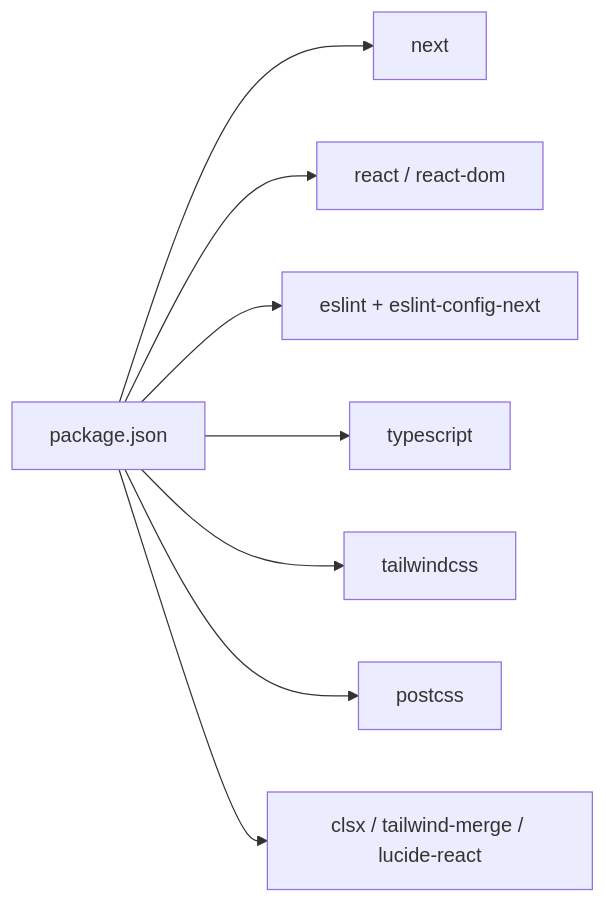
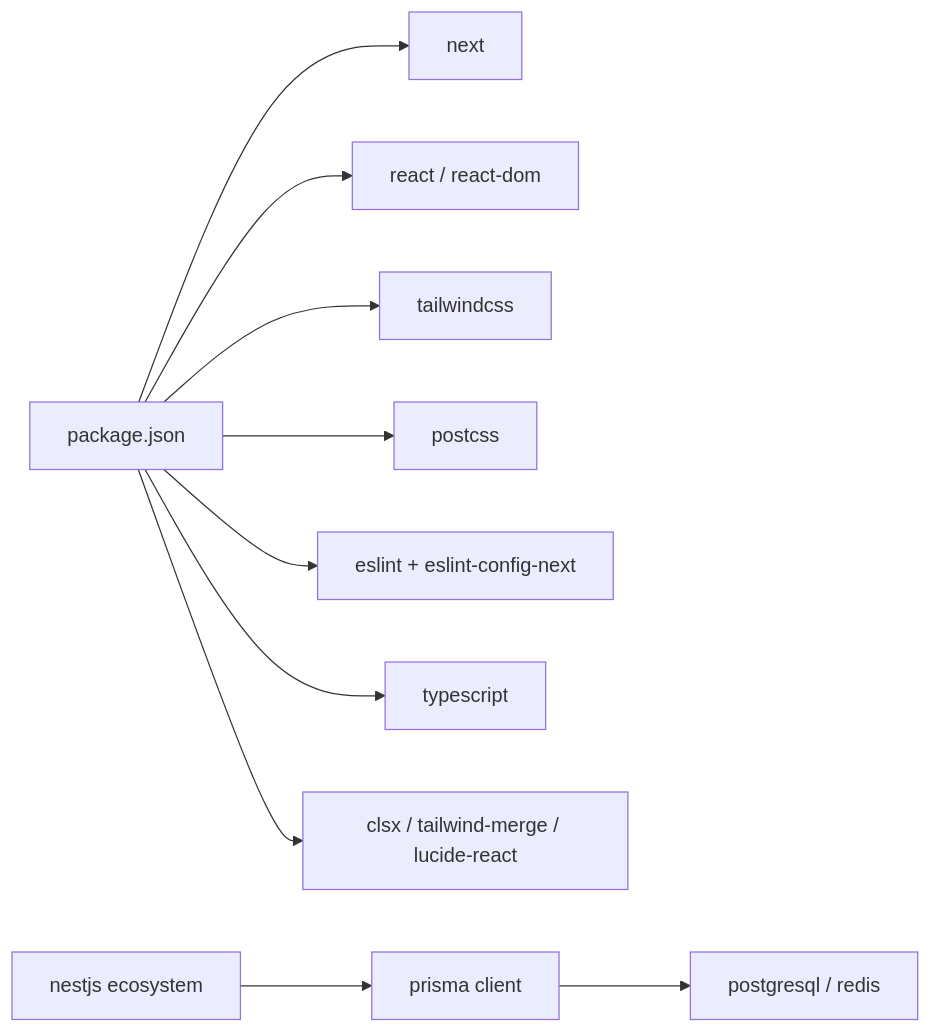
Before and after one commit to Hoshino-wind/ai-interview-platform: the sixth of 6 diagrams in .qoder/repowiki/en/content/Build and Deployment.md, drawn with Mermaid. The commit also changed other lines of this file and 5 other files, not shown here.

````diff
--- a/.qoder/repowiki/en/content/Build and Deployment.md
+++ b/.qoder/repowiki/en/content/Build and Deployment.md
@@ -234,18 +360,23 @@
 ```mermaid
 graph LR
 P["package.json"]
 N["next"]
 R["react / react-dom"]
 TW["tailwindcss"]
 PC["postcss"]
 ESL["eslint + eslint-config-next"]
 TS["typescript"]
 U["clsx / tailwind-merge / lucide-react"]
+NS["nestjs ecosystem"]
+PRISMA["prisma client"]
+DB["postgresql / redis"]
 P --> N
 P --> R
 P --> ESL
 P --> TS
 P --> TW
 P --> PC
 P --> U
+NS --> PRISMA
+PRISMA --> DB
 ```
````
